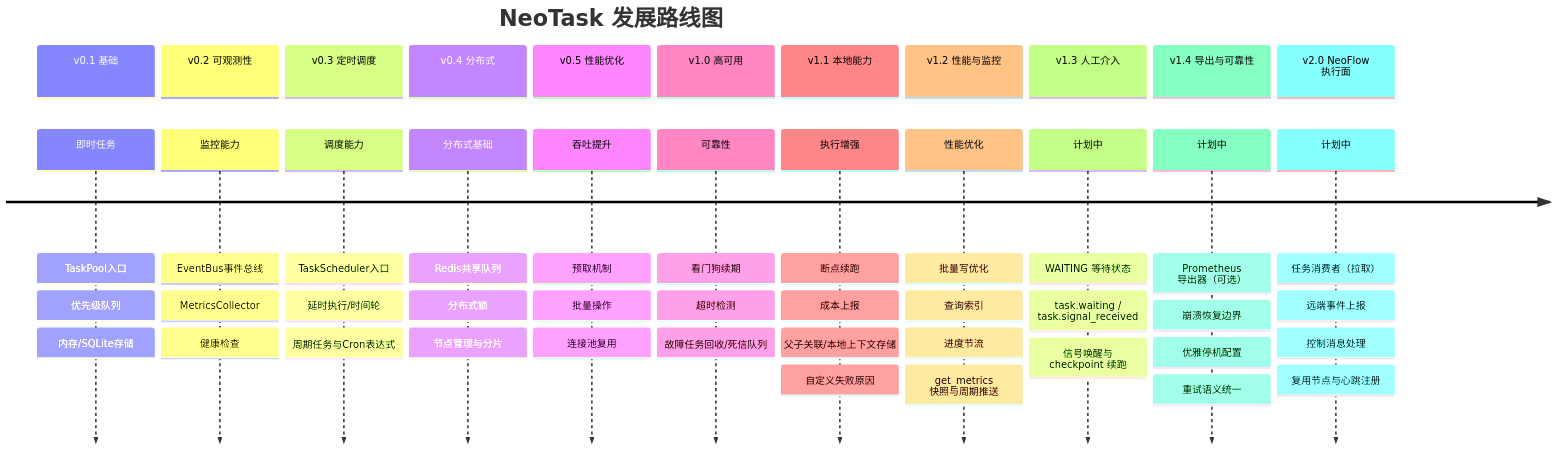
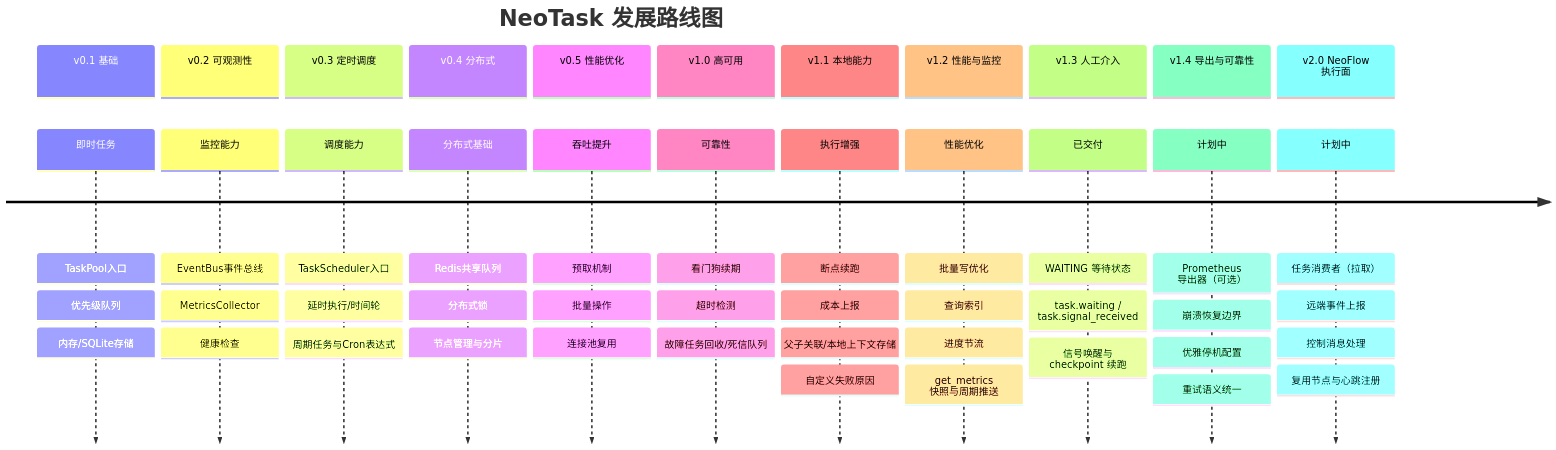
Before and after one commit to neopen/neotask: the fifth of 5 diagrams in docs/ARCHITECTURE.md, drawn with Mermaid. The commit also changed other lines of this file and 32 other files, not shown here.

````diff
--- a/docs/ARCHITECTURE.md
+++ b/docs/ARCHITECTURE.md
@@ -591,63 +607,63 @@
 ```mermaid
 timeline
     title NeoTask 发展路线图
 
     section v0.1 基础
         即时任务 : TaskPool入口
                  : 优先级队列
                  : 内存/SQLite存储
 
     section v0.2 可观测性
         监控能力 : EventBus事件总线
                  : MetricsCollector
                  : 健康检查
 
     section v0.3 定时调度
         调度能力 : TaskScheduler入口
                  : 延时执行/时间轮
                  : 周期任务与Cron表达式
 
     section v0.4 分布式
         分布式基础 : Redis共享队列
                    : 分布式锁
                    : 节点管理与分片
 
     section v0.5 性能优化
         吞吐提升 : 预取机制
                  : 批量操作
                  : 连接池复用
 
     section v1.0 高可用
         可靠性 : 看门狗续期
                : 超时检测
                : 故障任务回收/死信队列
 
     section v1.1 本地能力
         执行增强 : 断点续跑
                : 成本上报
                : 父子关联/本地上下文存储
                : 自定义失败原因
 
     section v1.2 性能与监控
         性能优化 : 批量写优化
                : 查询索引
                : 进度节流
                : get_metrics 快照与周期推送
 
     section v1.3 人工介入
-        计划中 : WAITING 等待状态
+        已交付 : WAITING 等待状态
                : task.waiting / task.signal_received
                : 信号唤醒与 checkpoint 续跑
 
     section v1.4 导出与可靠性
         计划中 : Prometheus 导出器（可选）
                : 崩溃恢复边界
                : 优雅停机配置
                : 重试语义统一
 
     section v2.0 NeoFlow 执行面
         计划中 : 任务消费者（拉取）
                : 远端事件上报
                : 控制消息处理
                : 复用节点与心跳注册
 ```
````
